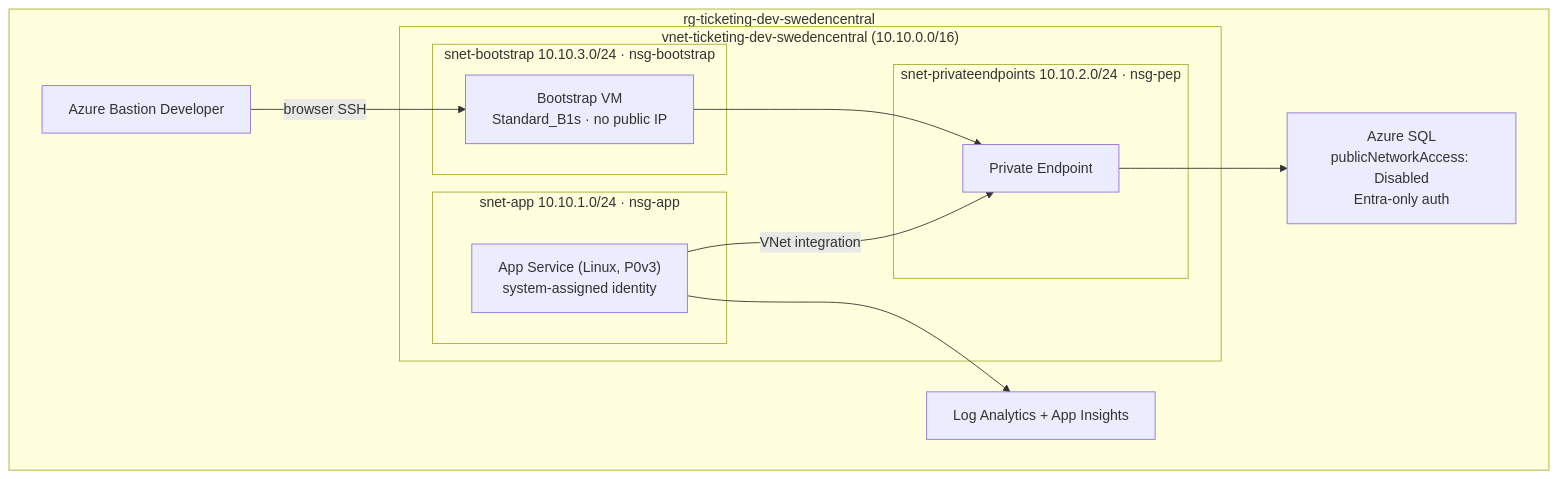
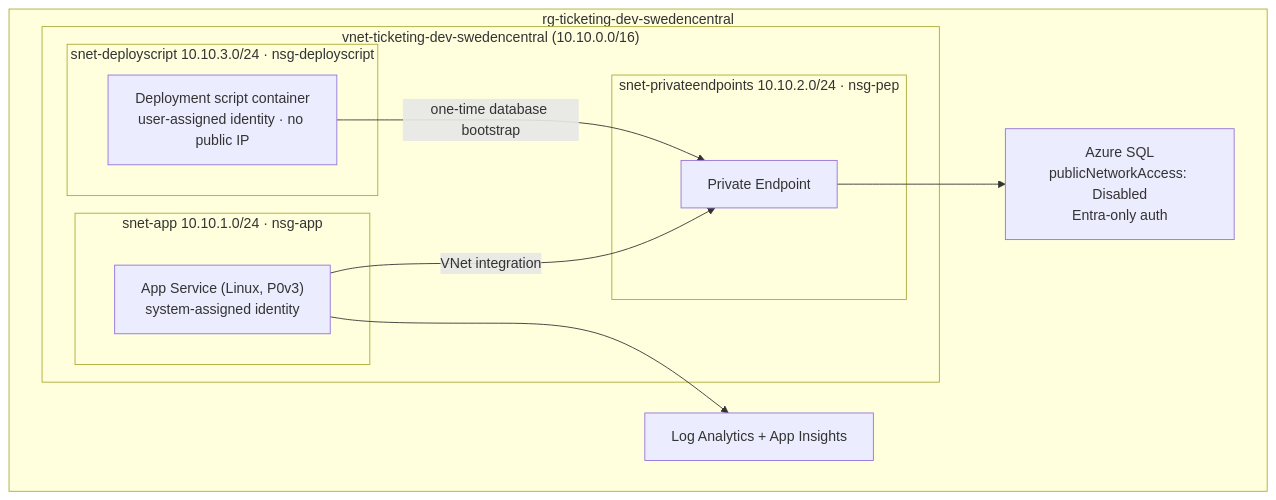
One commit to donk-msft/AgenticEngineering-Hackathon-Infrastructure changed the second of 2 diagrams in README.md. Above: the diagram before and after it, drawn with Mermaid. The commit also changed other lines of this file and 4 other files, not shown here.

Commit message:
Correct stale bootstrap VM, Bastion and manual bootstrap script documentation

````diff
--- a/README.md
+++ b/README.md
@@ -35,23 +35,21 @@
 ```mermaid
 flowchart TB
     subgraph rg["rg-ticketing-dev-swedencentral"]
         subgraph vnet["vnet-ticketing-dev-swedencentral (10.10.0.0/16)"]
             subgraph snetapp["snet-app 10.10.1.0/24 · nsg-app"]
                 app["App Service (Linux, P0v3)<br/>system-assigned identity"]
             end
             subgraph snetpe["snet-privateendpoints 10.10.2.0/24 · nsg-pep"]
                 pep["Private Endpoint"]
             end
-            subgraph snetbootstrap["snet-bootstrap 10.10.3.0/24 · nsg-bootstrap"]
-                vm["Bootstrap VM<br/>Standard_B1s · no public IP"]
+            subgraph snetds["snet-deployscript 10.10.3.0/24 · nsg-deployscript"]
+                ds["Deployment script container<br/>user-assigned identity · no public IP"]
             end
         end
-        bastion["Azure Bastion Developer"]
         sql["Azure SQL<br/>publicNetworkAccess: Disabled<br/>Entra-only auth"]
         law["Log Analytics + App Insights"]
     end
     app -->|VNet integration| pep --> sql
     app --> law
-    bastion -->|browser SSH| vm
-    vm --> pep
+    ds -->|one-time database bootstrap| pep
 ```
````
